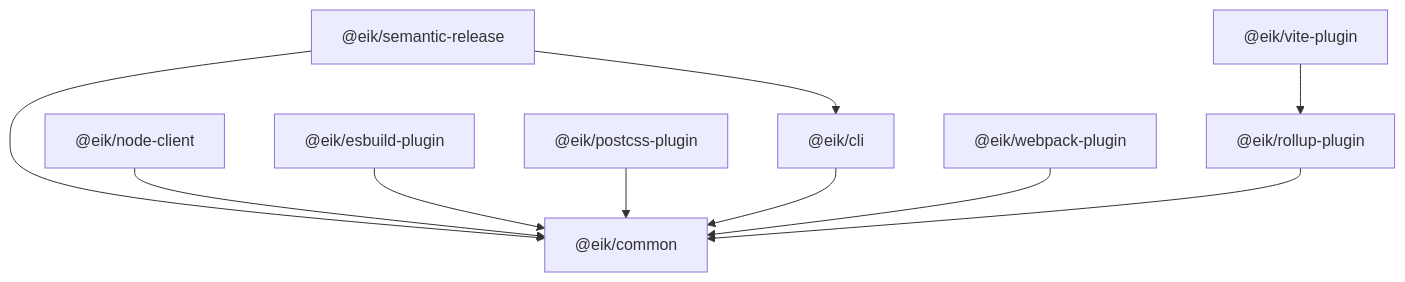
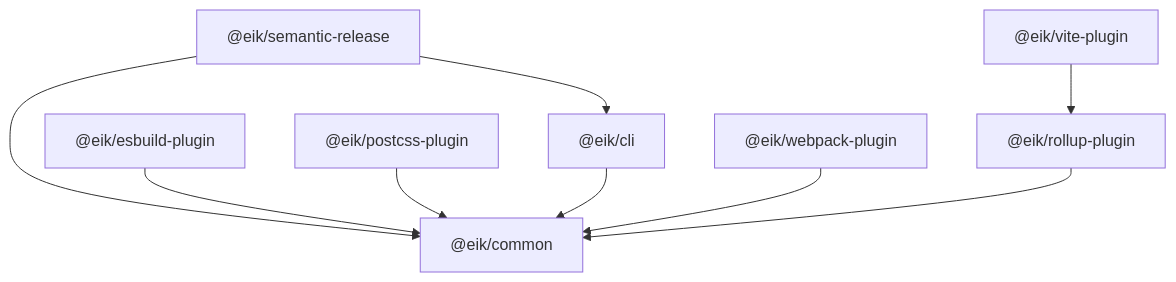
One commit to eik-lib/.github changed the second of 2 diagrams in CONTRIBUTING.md. Above: the diagram before and after it, drawn with Mermaid.

Commit message:
docs: remove node-client from devtools

````diff
--- a/CONTRIBUTING.md
+++ b/CONTRIBUTING.md
@@ -59,24 +59,22 @@
 ```mermaid
 flowchart TD
     COMMON["@eik/common"]
     CLI["@eik/cli"]
-    NODECLIENT["@eik/node-client"]
     ESBUILD["@eik/esbuild-plugin"]
     POSTCSS["@eik/postcss-plugin"]
     ROLLUP["@eik/rollup-plugin"]
     SEMREL["@eik/semantic-release"]
     VITE["@eik/vite-plugin"]
     WEBPACK["@eik/webpack-plugin"]
 
     CLI --> COMMON
-    NODECLIENT --> COMMON
     ESBUILD --> COMMON
     ROLLUP --> COMMON
     POSTCSS --> COMMON
     SEMREL --> COMMON
     WEBPACK --> COMMON
 
     SEMREL --> CLI
 
     VITE --> ROLLUP
 ```
````
